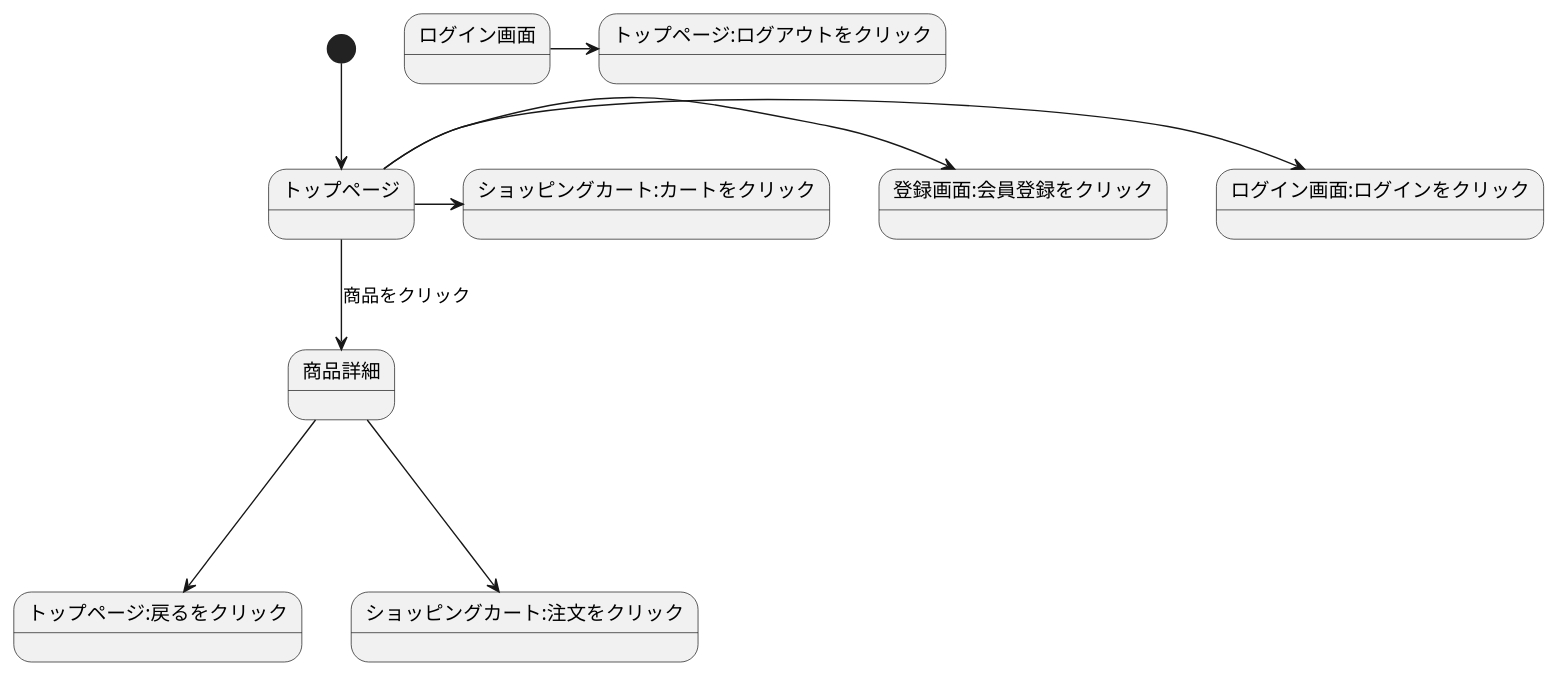
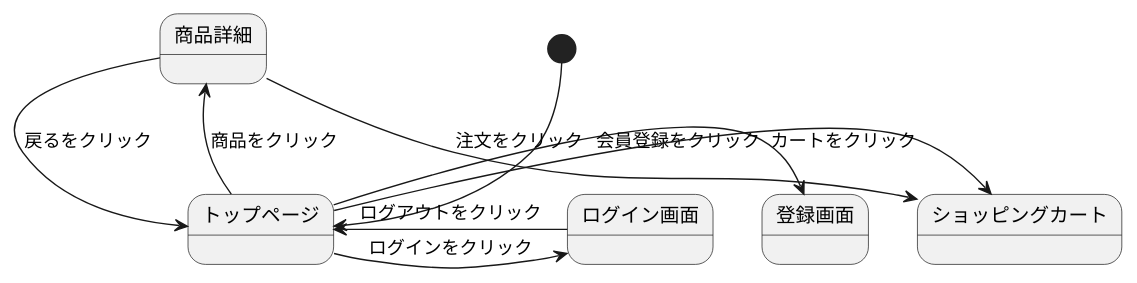
Before and after one commit to Aso2001409/2021sys-design: the diagram in gamen.md, drawn with PlantUML.

````diff
--- a/gamen.md
+++ b/gamen.md
@@ -1,12 +1,12 @@
 ```uml
 @startuml
 [*]-->トップページ
 トップページ-->商品詳細 :商品をクリック
-トップページ->ログイン画面:ログインをクリック
-トップページ->登録画面:会員登録をクリック
-トップページ->ショッピングカート:カートをクリック
-商品詳細--->トップページ:戻るをクリック
-商品詳細--->ショッピングカート:注文をクリック
-ログイン画面->トップページ:ログアウトをクリック
+トップページ->ログイン画面 :ログインをクリック
+トップページ->登録画面 :会員登録をクリック
+トップページ->ショッピングカート :カートをクリック
+商品詳細->トップページ :戻るをクリック
+商品詳細->ショッピングカート :注文をクリック
+ログイン画面->トップページ :ログアウトをクリック
 @enduml
 ```
````
